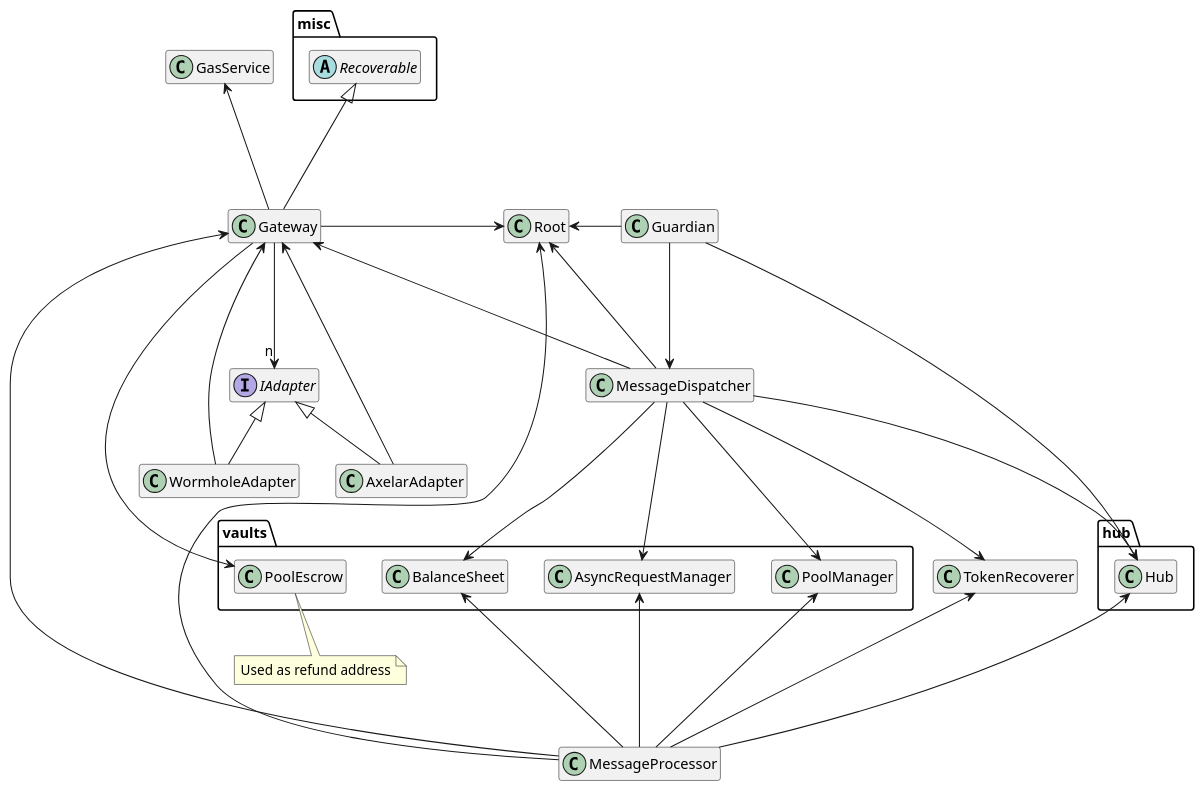
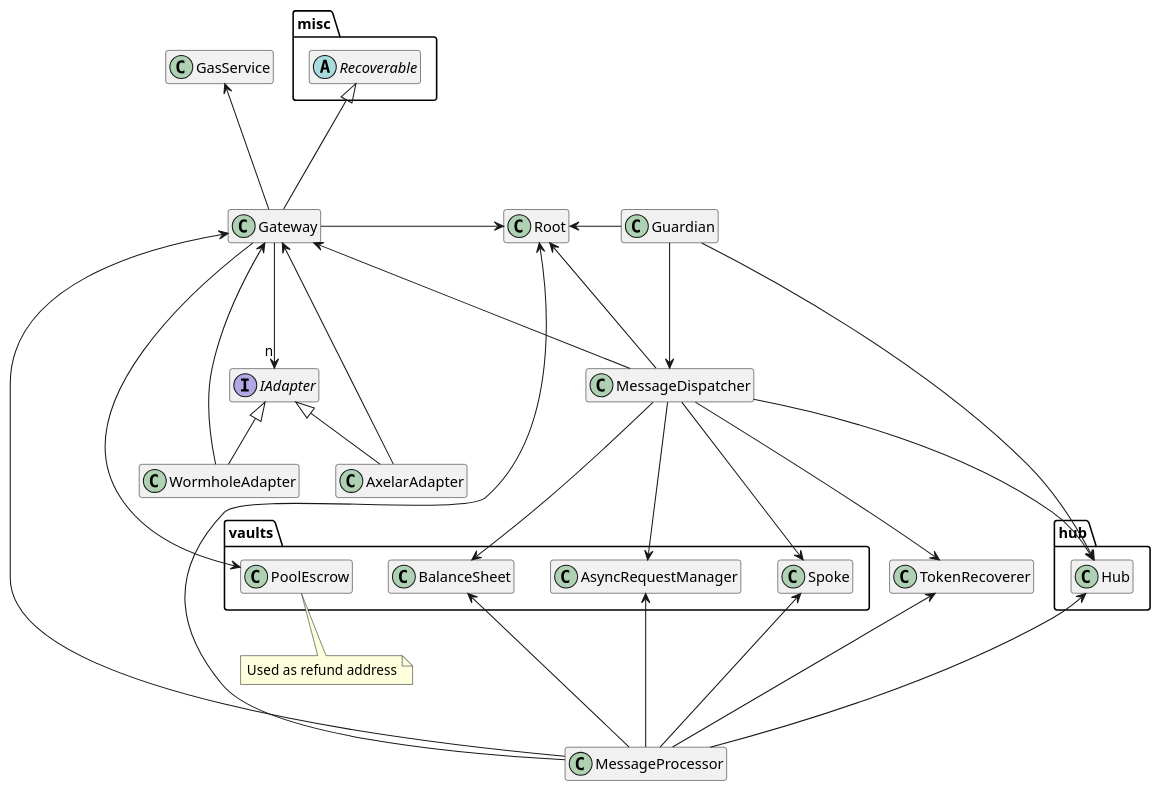
The diagram in docs/architecture/common.puml (centrifuge/protocol), drawn with PlantUML before and after one commit. The commit also changed 209 other files, not shown here.

```diff
--- a/docs/architecture/common.puml
+++ b/docs/architecture/common.puml
@@ -1,65 +1,65 @@
 @startuml
 hide empty members
 
 package misc {
     abstract Recoverable
 }
 
 package hub {
     class Hub
 }
 
 package vaults {
     class PoolEscrow
-    class PoolManager
+    class Spoke
     class AsyncRequestManager
     class BalanceSheet
 }
 
 interface IAdapter
 
 class TokenRecoverer
 class Root
 class MessageDispatcher
 class MessageProcessor
 class Gateway
 class AxelarAdapter
 class WormholeAdapter
 class Guardian
 class GasService
 
 AxelarAdapter -up-|> IAdapter
 AxelarAdapter -up--> Gateway
 
 WormholeAdapter -up-|> IAdapter
 WormholeAdapter -up--> Gateway
 
 MessageProcessor --up-> Root
 MessageProcessor --up-> TokenRecoverer
 MessageProcessor --up-> Hub
-MessageProcessor --up-> PoolManager
+MessageProcessor --up-> Spoke
 MessageProcessor --up-> AsyncRequestManager
 MessageProcessor --up-> BalanceSheet
 MessageProcessor --up-> Gateway
 
 MessageDispatcher ---> Root
 MessageDispatcher ---> TokenRecoverer
 MessageDispatcher ---> Gateway
 MessageDispatcher ---> Hub
-MessageDispatcher ---> PoolManager
+MessageDispatcher ---> Spoke
 MessageDispatcher ---> AsyncRequestManager
 MessageDispatcher ---> BalanceSheet
 
 Guardian ---> Hub
 Guardian -left---> Root
 Guardian ---> MessageDispatcher
 
 Gateway -up--> GasService
 Gateway -up--|> Recoverable
 Gateway -right-> Root
 Gateway -down-->"n" IAdapter
 Gateway --> PoolEscrow
 
 note bottom of PoolEscrow: Used as refund address
 
 @enduml
```
